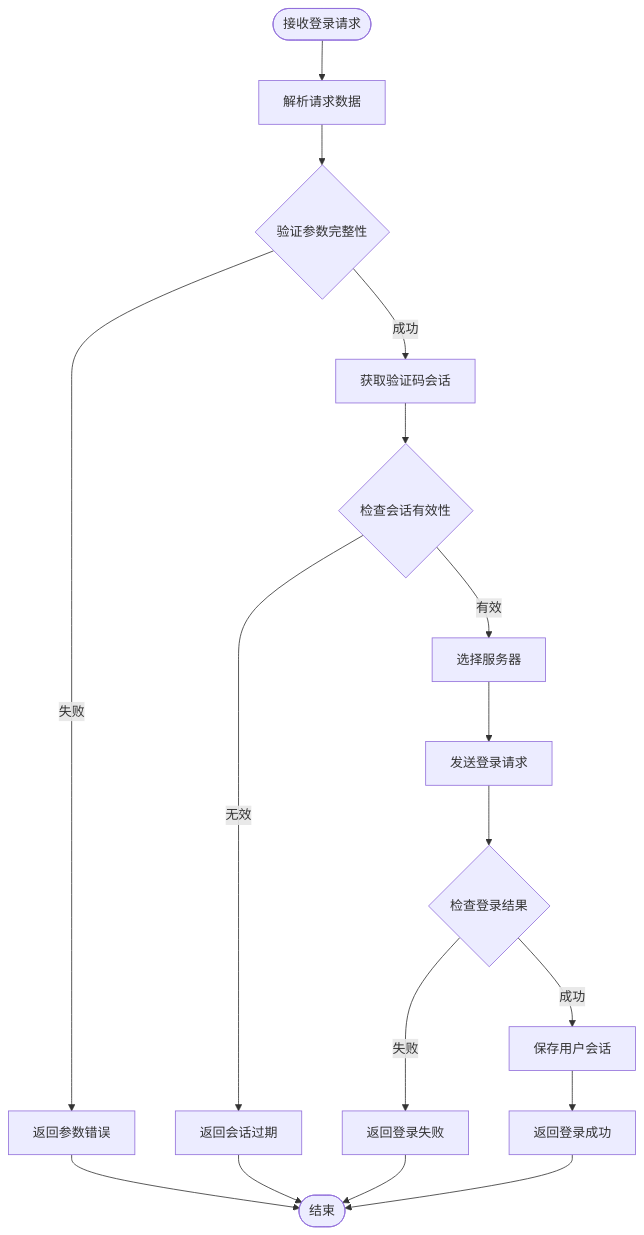
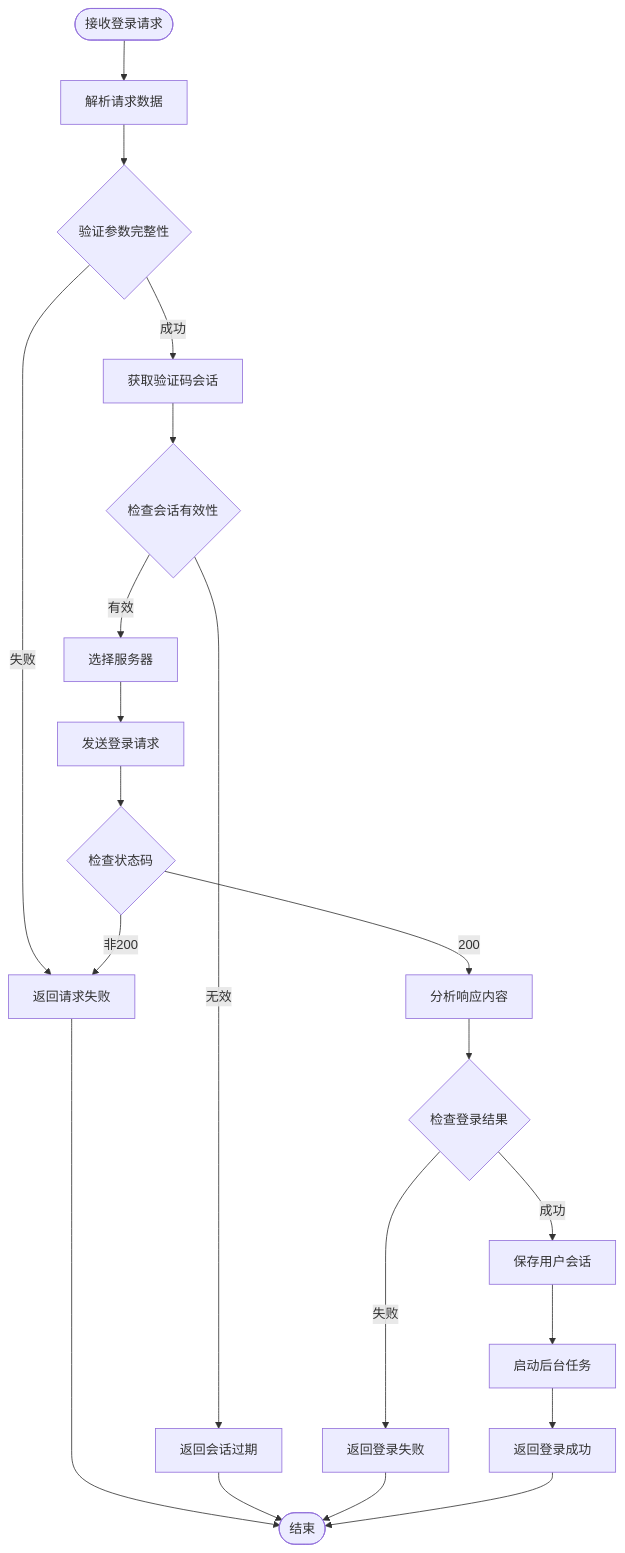
The sixth of 8 diagrams in .qoder/repowiki/zh/content/前端应用文档/登录页面与认证流程.md (ghbbn053-ship-itsoulddog/soulddog), drawn with Mermaid before and after one commit. The commit also changed other lines of this file and 5 other files, not shown here.

````diff
--- a/.qoder/repowiki/zh/content/前端应用文档/登录页面与认证流程.md
+++ b/.qoder/repowiki/zh/content/前端应用文档/登录页面与认证流程.md
@@ -259,19 +278,23 @@
 ```mermaid
 flowchart TD
 Start([接收登录请求]) --> ParseData[解析请求数据]
 ParseData --> ValidateParams{验证参数完整性}
 ValidateParams --> |失败| ReturnError[返回参数错误]
 ValidateParams --> |成功| GetSession[获取验证码会话]
 GetSession --> CheckSession{检查会话有效性}
 CheckSession --> |无效| ReturnExpired[返回会话过期]
 CheckSession --> |有效| SelectServer[选择服务器]
 SelectServer --> SendLogin[发送登录请求]
-SendLogin --> CheckResult{检查登录结果}
-CheckResult --> |失败| ReturnFailure[返回登录失败]
-CheckResult --> |成功| SaveSession[保存用户会话]
-SaveSession --> ReturnSuccess[返回登录成功]
+SendLogin --> CheckStatusCode{检查状态码}
+CheckStatusCode --> |非200| ReturnError[返回请求失败]
+CheckStatusCode --> |200| AnalyzeResponse[分析响应内容]
+AnalyzeResponse --> CheckLoginResult{检查登录结果}
+CheckLoginResult --> |失败| ReturnFailure[返回登录失败]
+CheckLoginResult --> |成功| SaveSession[保存用户会话]
+SaveSession --> StartBackgroundTask[启动后台任务]
+StartBackgroundTask --> ReturnSuccess[返回登录成功]
 ReturnError --> End([结束])
 ReturnExpired --> End
 ReturnFailure --> End
 ReturnSuccess --> End
 ```
````
